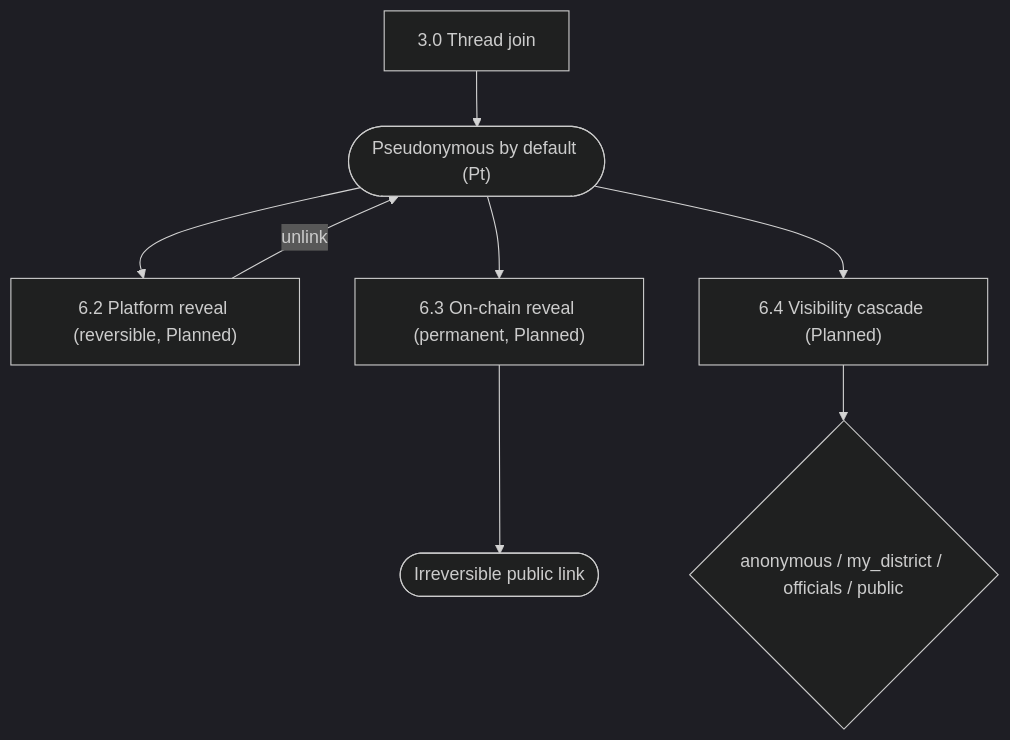
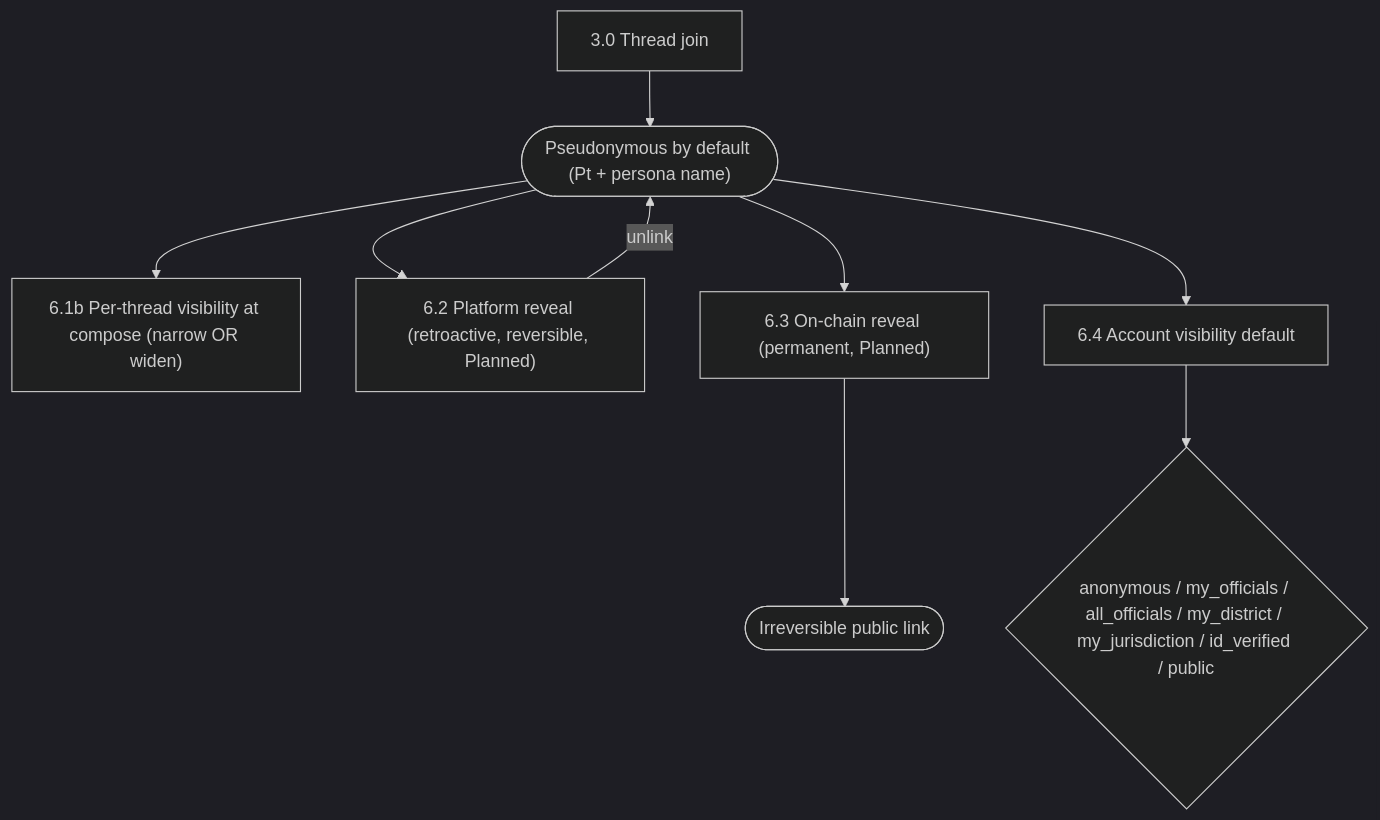
One commit to oursay/oursay changed the seventh of 9 diagrams in docs/11-USER-FLOWS.md. Above: the diagram before and after it, drawn with Mermaid (dark theme). The commit also changed other lines of this file and 32 other files, not shown here.

````diff
--- a/docs/11-USER-FLOWS.md
+++ b/docs/11-USER-FLOWS.md
@@ -550,10 +562,11 @@
 ```mermaid
 flowchart TD
-  J["3.0 Thread join"] --> PS(["Pseudonymous by default (Pt)"])
-  PS --> PR["6.2 Platform reveal (reversible, Planned)"]
+  J["3.0 Thread join"] --> PS(["Pseudonymous by default (Pt + persona name)"])
+  PS --> TV["6.1b Per-thread visibility at compose (narrow OR widen)"]
+  PS --> PR["6.2 Platform reveal (retroactive, reversible, Planned)"]
   PR -->|"unlink"| PS
   PS --> OC["6.3 On-chain reveal (permanent, Planned)"]
   OC --> PERM(["Irreversible public link"])
-  PS --> VIS["6.4 Visibility cascade (Planned)"]
-  VIS --> RES{"anonymous / my_district / officials / public"}
+  PS --> VIS["6.4 Account visibility default"]
+  VIS --> RES{"anonymous / my_officials / all_officials / my_district / my_jurisdiction / id_verified / public"}
 ```
````
